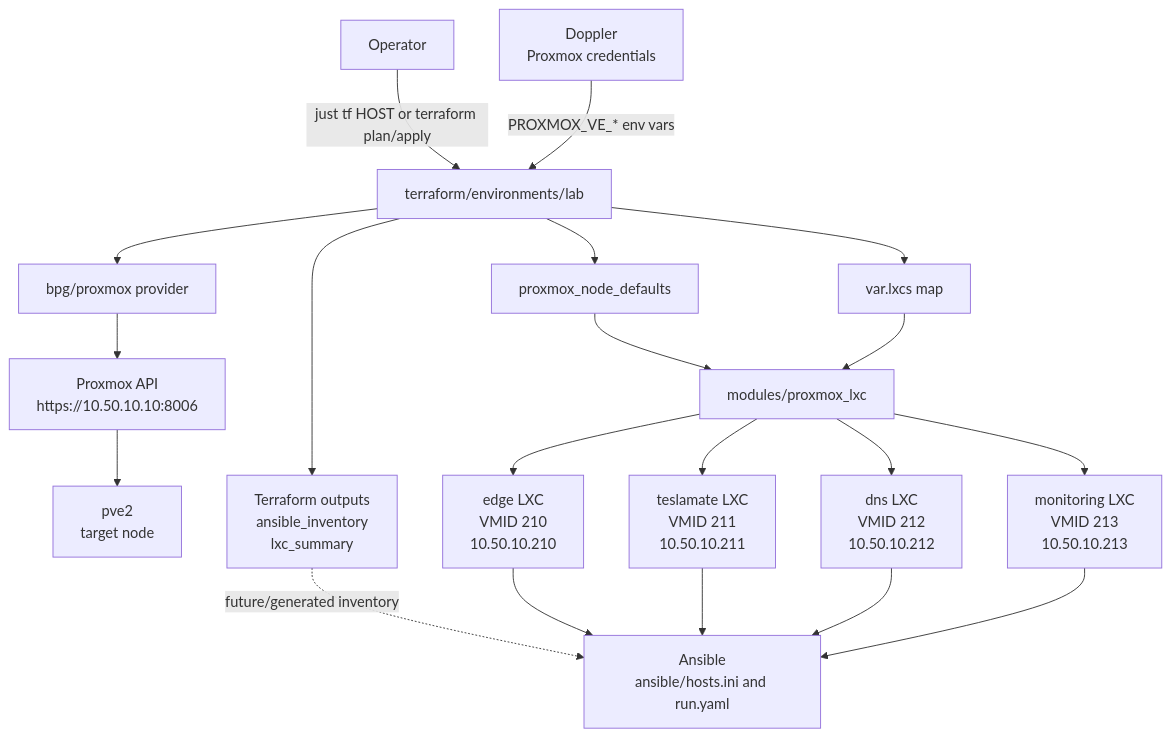
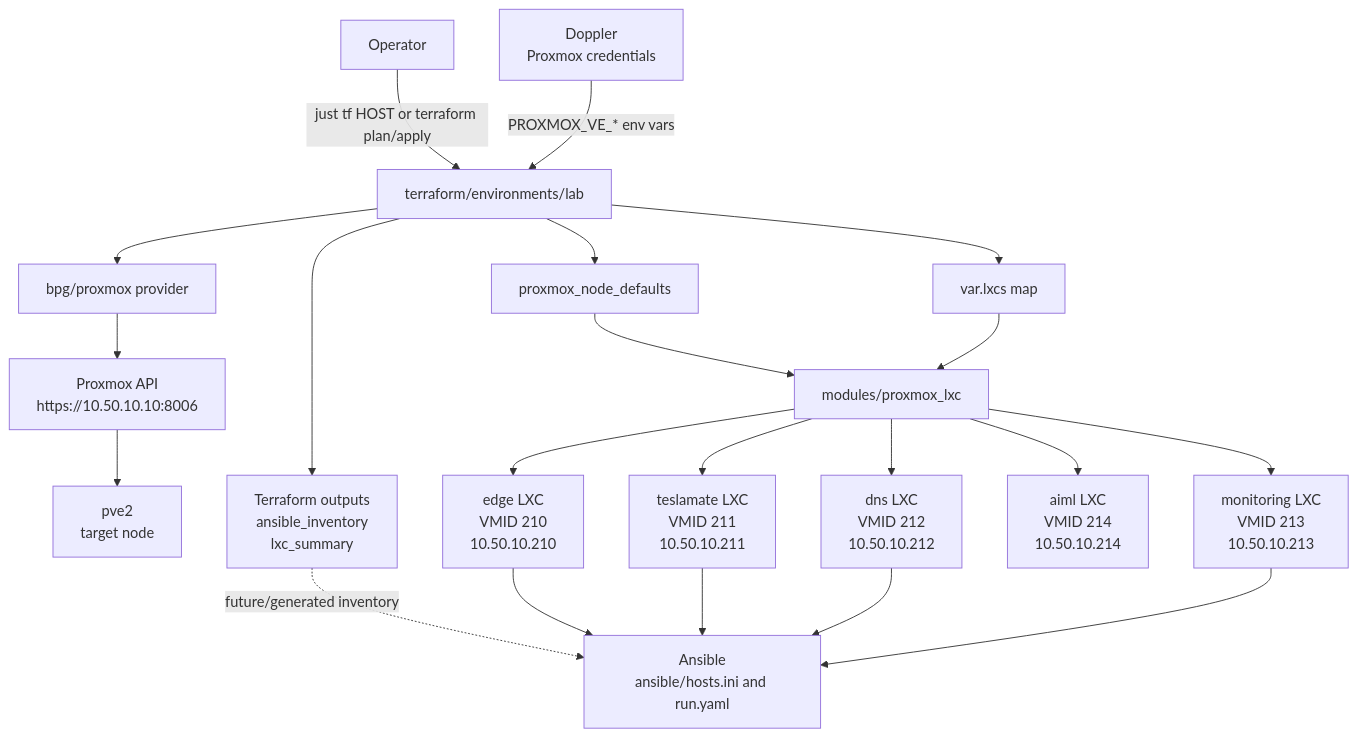
The diagram in docs/terraform.md (NeK000/infra), drawn with Mermaid before and after one commit. The commit also changed other lines of this file and 11 other files, not shown here.

Commit message:
feat(aiml): adding the aiml LXC autodeploy with NVIDIA GPU and zfs dataset 2

````diff
--- a/docs/terraform.md
+++ b/docs/terraform.md
@@ -21,44 +21,46 @@
 ```mermaid
 flowchart TB
     operator[Operator]
     doppler[Doppler<br/>Proxmox credentials]
     tfenv[terraform/environments/lab]
     provider[bpg/proxmox provider]
     proxmox[Proxmox API<br/>https://10.50.10.10:8006]
     pve2[pve2<br/>target node]
 
     defaults[proxmox_node_defaults]
     lxcs[var.lxcs map]
     lxcModule[modules/proxmox_lxc]
 
     edge[edge LXC<br/>VMID 210<br/>10.50.10.210]
     teslamate[teslamate LXC<br/>VMID 211<br/>10.50.10.211]
     dns[dns LXC<br/>VMID 212<br/>10.50.10.212]
     monitoring[monitoring LXC<br/>VMID 213<br/>10.50.10.213]
+    aiml[aiml LXC<br/>VMID 214<br/>10.50.10.214]
 
     outputs[Terraform outputs<br/>ansible_inventory<br/>lxc_summary]
     ansible[Ansible<br/>ansible/hosts.ini and run.yaml]
 
     operator -->|just tf HOST or terraform plan/apply| tfenv
     doppler -->|PROXMOX_VE_* env vars| tfenv
     tfenv --> provider
     provider --> proxmox
     proxmox --> pve2
 
     tfenv --> defaults
     tfenv --> lxcs
     defaults --> lxcModule
     lxcs --> lxcModule
 
     lxcModule --> edge
     lxcModule --> teslamate
     lxcModule --> dns
     lxcModule --> monitoring
+    lxcModule --> aiml
 
     tfenv --> outputs
     outputs -. future/generated inventory .-> ansible
     edge --> ansible
     teslamate --> ansible
     dns --> ansible
     monitoring --> ansible
 ```
````
